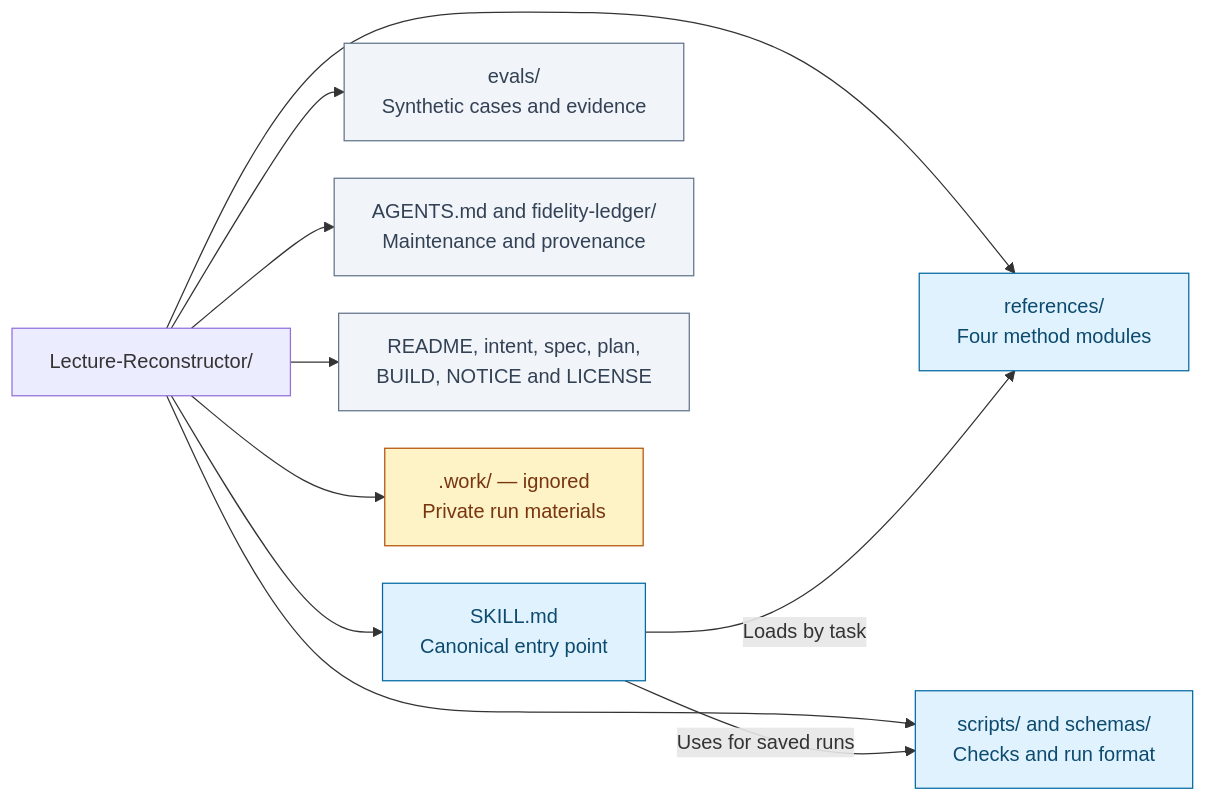
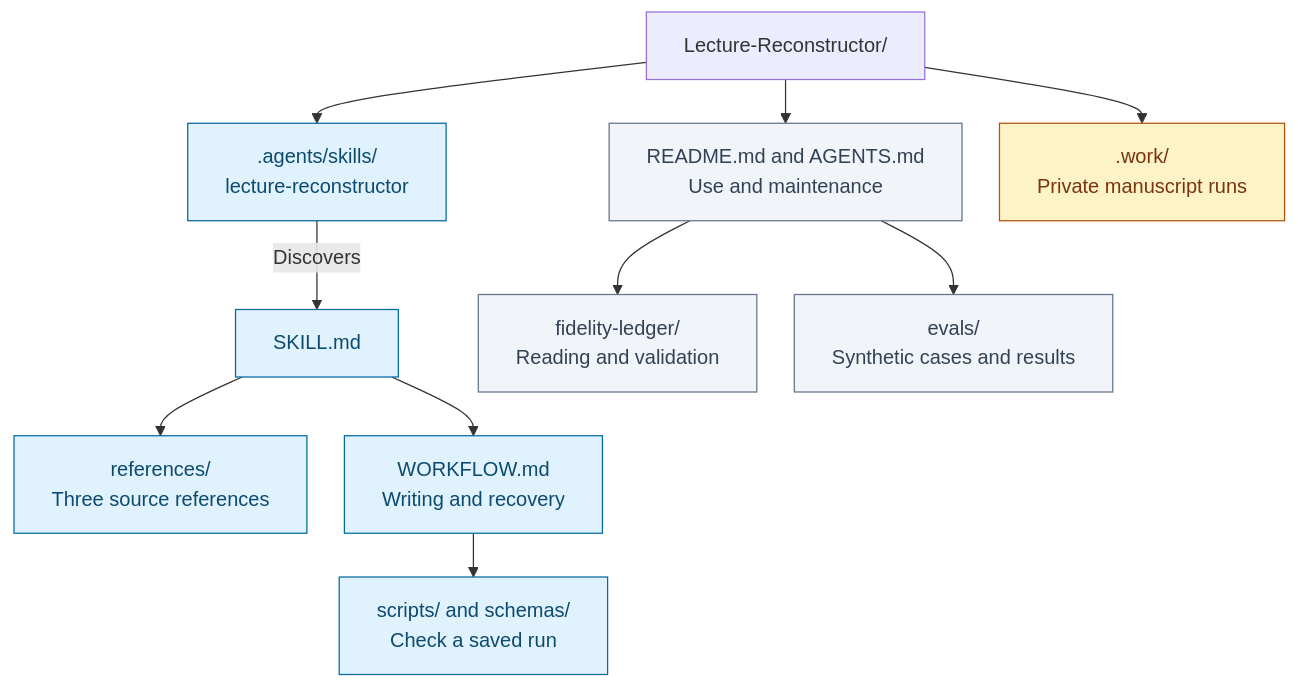
One commit to ariel-lee-1023/Lecture-Reconstructor changed the second of 3 diagrams in README.md. Above: the diagram before and after it, drawn with Mermaid. The commit also changed other lines of this file and 67 other files, not shown here.

````diff
--- a/README.md
+++ b/README.md
@@ -138,29 +145,29 @@
 ```mermaid
 ---
 config:
   look: classic
   flowchart:
     wrappingWidth: 240
     rankSpacing: 35
     nodeSpacing: 30
 ---
-flowchart LR
+flowchart TD
     accTitle: Repository contents and runtime loading
-    accDescr: The root skill loads four local method references and uses record checkers; evaluation and provenance remain separate from private runs.
-    root["Lecture-Reconstructor/"] --> core["SKILL.md<br/>Canonical entry point"]
-    root --> refs["references/<br/>Four method modules"]
-    core -->|Loads by task| refs
-    root --> checks["scripts/ and schemas/<br/>Checks and run format"]
-    core -->|Uses for saved runs| checks
-    root --> evals["evals/<br/>Synthetic cases and evidence"]
-    root --> records["AGENTS.md and fidelity-ledger/<br/>Maintenance and provenance"]
-    root --> docs["README, intent, spec, plan,<br/>BUILD, NOTICE and LICENSE"]
-    root --> private[".work/ — ignored<br/>Private run materials"]
+    accDescr: The discovery link opens the root skill, which loads references and a workflow. Public documentation and evidence are separate from private manuscript runs.
+    root["Lecture-Reconstructor/"] --> alias[".agents/skills/<br/>lecture-reconstructor"]
+    alias -->|Discovers| core["SKILL.md"]
+    core --> refs["references/<br/>Three source references"]
+    core --> workflow["WORKFLOW.md<br/>Writing and recovery"]
+    workflow --> checks["scripts/ and schemas/<br/>Check a saved run"]
+    root --> public["README.md and AGENTS.md<br/>Use and maintenance"]
+    public --> records["fidelity-ledger/<br/>Reading and validation"]
+    public --> evals["evals/<br/>Synthetic cases and results"]
+    root --> private[".work/<br/>Private manuscript runs"]
 
     classDef runtime fill:#e0f2fe,stroke:#0369a1,color:#0c4a6e
     classDef maintenance fill:#f1f5f9,stroke:#64748b,color:#334155
     classDef privateData fill:#fef3c7,stroke:#b45309,color:#78350f
-    class core,refs,checks runtime
-    class evals,records,docs maintenance
+    class core,alias,refs,workflow,checks runtime
+    class public,evals,records maintenance
     class private privateData
 ```
````
